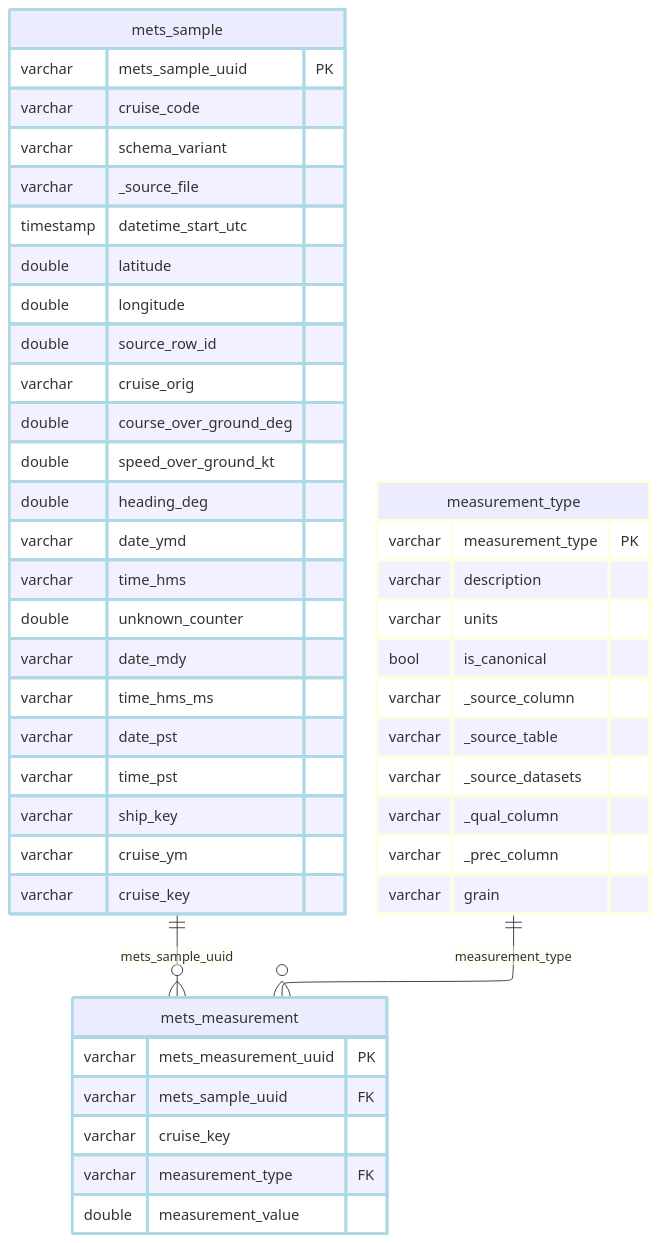
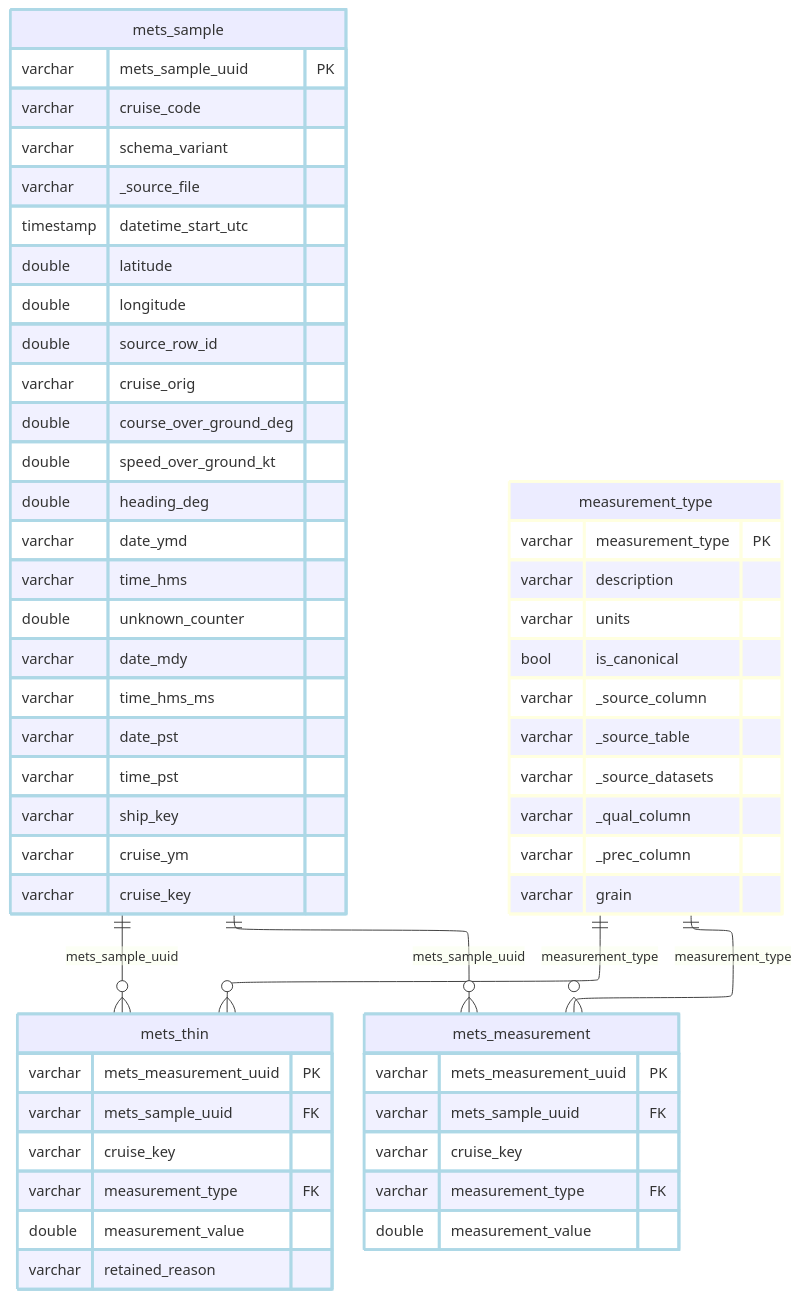
One commit to CalCOFI/workflows changed the diagram in _output/ingest_calcofi_mets_files/figure-html/schema-1.mmd. Above: the diagram before and after it, drawn with Mermaid. The commit also changed 3 other files, not shown here.

```diff
--- a/_output/ingest_calcofi_mets_files/figure-html/schema-1.mmd
+++ b/_output/ingest_calcofi_mets_files/figure-html/schema-1.mmd
@@ -1,54 +1,64 @@
 ---
 config:
   layout: elk
 ---
 erDiagram
     mets_sample {
         varchar mets_sample_uuid PK
         varchar cruise_code
         varchar schema_variant
         varchar _source_file
         timestamp datetime_start_utc
         double latitude
         double longitude
         double source_row_id
         varchar cruise_orig
         double course_over_ground_deg
         double speed_over_ground_kt
         double heading_deg
         varchar date_ymd
         varchar time_hms
         double unknown_counter
         varchar date_mdy
         varchar time_hms_ms
         varchar date_pst
         varchar time_pst
         varchar ship_key
         varchar cruise_ym
         varchar cruise_key
     }
+    mets_thin {
+        varchar mets_measurement_uuid PK
+        varchar mets_sample_uuid FK
+        varchar cruise_key
+        varchar measurement_type FK
+        double measurement_value
+        varchar retained_reason
+    }
     mets_measurement {
         varchar mets_measurement_uuid PK
         varchar mets_sample_uuid FK
         varchar cruise_key
         varchar measurement_type FK
         double measurement_value
     }
     measurement_type {
         varchar measurement_type PK
         varchar description
         varchar units
         bool is_canonical
         varchar _source_column
         varchar _source_table
         varchar _source_datasets
         varchar _qual_column
         varchar _prec_column
         varchar grain
     }
+    mets_sample ||--o{ mets_thin : "mets_sample_uuid"
+    measurement_type ||--o{ mets_thin : "measurement_type"
     mets_sample ||--o{ mets_measurement : "mets_sample_uuid"
     measurement_type ||--o{ mets_measurement : "measurement_type"
     classDef lightblue stroke:#ADD8E6,stroke-width:3px
-    class mets_sample,mets_measurement lightblue
+    class mets_sample,mets_thin,mets_measurement lightblue
     classDef lightyellow stroke:#FFFFE0,stroke-width:3px
     class measurement_type lightyellow
```
